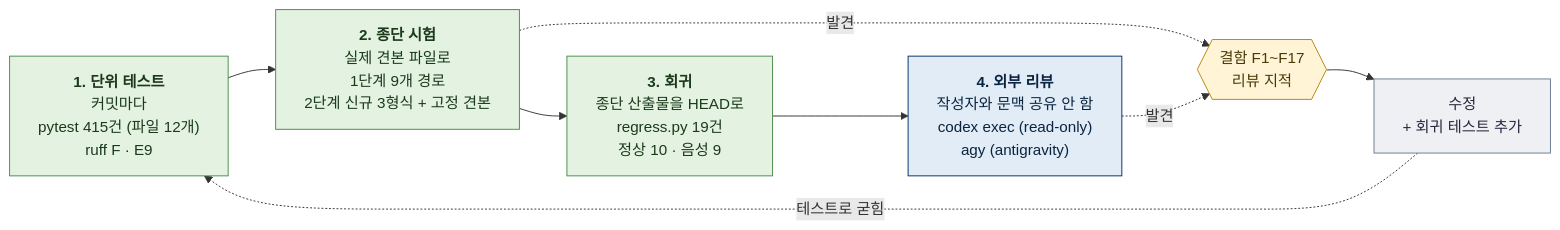
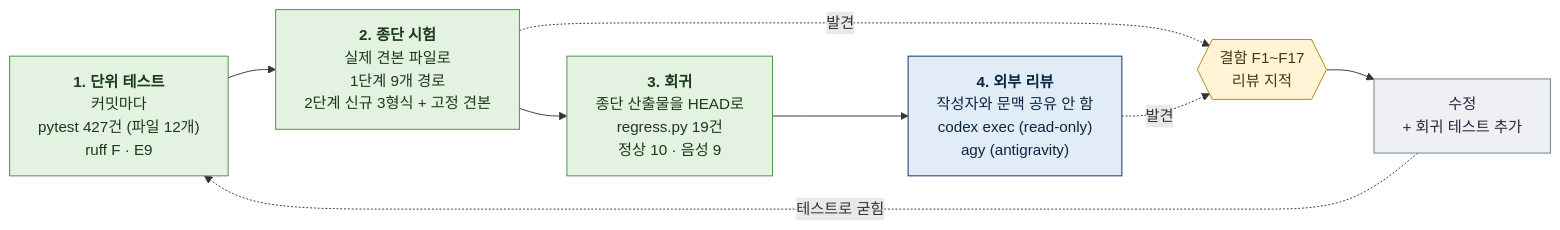
Before and after one commit to yarang/skills-for-work: the diagram in docu-writer/docs/diagrams/quality-layers.mmd, drawn with Mermaid. The commit also changed 10 other files, not shown here.

```diff
--- a/docu-writer/docs/diagrams/quality-layers.mmd
+++ b/docu-writer/docs/diagrams/quality-layers.mmd
@@ -1,23 +1,23 @@
 %% 개발 품질은 네 겹으로 지킨다: 단위 테스트, 실제 파일로 도는 종단 시험, 그 산출물을 HEAD 코드로 다시 돌리는 회귀, 외부 모델 리뷰. 찾은 결함은 고친 뒤 테스트로 굳힌다
 %%{init: {"flowchart": {"wrappingWidth": 360}}}%%
 flowchart LR
-  T1["<b>1. 단위 테스트</b><br/>커밋마다<br/>pytest 415건 (파일 12개)<br/>ruff F · E9"]
+  T1["<b>1. 단위 테스트</b><br/>커밋마다<br/>pytest 427건 (파일 12개)<br/>ruff F · E9"]
   E1["<b>2. 종단 시험</b><br/>실제 견본 파일로<br/>1단계 9개 경로<br/>2단계 신규 3형식 + 고정 견본"]
   G1["<b>3. 회귀</b><br/>종단 산출물을 HEAD로<br/>regress.py 19건<br/>정상 10 · 음성 9"]
   X1["<b>4. 외부 리뷰</b><br/>작성자와 문맥 공유 안 함<br/>codex exec (read-only)<br/>agy (antigravity)"]
   F{{"결함 F1~F17<br/>리뷰 지적"}}
   FIX["수정<br/>+ 회귀 테스트 추가"]
   T1 --> E1 --> G1 --> X1
   E1 -.->|발견| F
   X1 -.->|발견| F
   F --> FIX
   FIX -.->|테스트로 굳힘| T1
 
   classDef done fill:#E3F2E1,stroke:#4C8C4A,color:#1B3A1A
   classDef agent fill:#E1ECF7,stroke:#003366,color:#0A2540
   classDef gate fill:#FFF4D6,stroke:#B8860B,color:#4A3A0A
   classDef main fill:#EEF0F3,stroke:#6B7B8C,color:#28253D
   class T1,E1,G1 done
   class X1 agent
   class F gate
   class FIX main
```
